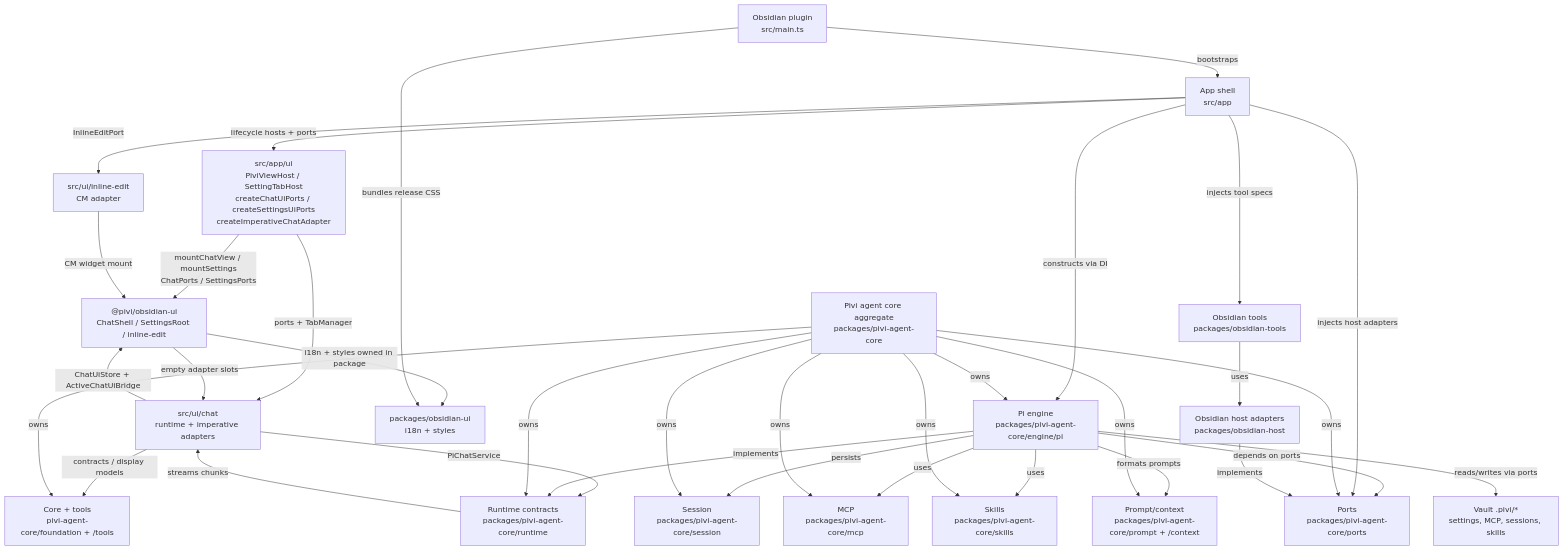
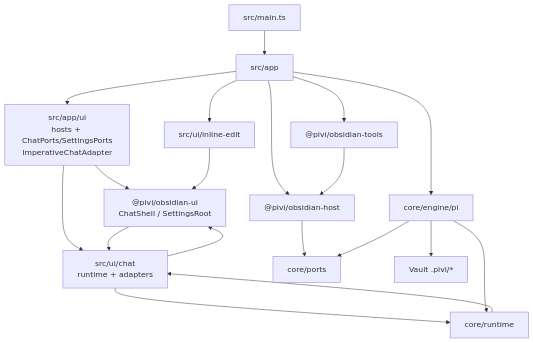
Before and after one commit to shuuul/obsidian-pivi: the second of 4 diagrams in AGENTS.md, drawn with Mermaid. The commit also changed other lines of this file and 13 other files, not shown here.

First line of the commit message:
refactor(architecture): close soft boundary leaks and add L0 map

````diff
--- a/AGENTS.md
+++ b/AGENTS.md
@@ -137,38 +163,21 @@
 ```mermaid
 flowchart TD
-  Host["Obsidian plugin<br/>src/main.ts"] -- "bootstraps" --> App["App shell<br/>src/app"]
-  App -- "lifecycle hosts + ports" --> AppUI["src/app/ui<br/>PiviViewHost / SettingTabHost<br/>createChatUiPorts / createSettingsUiPorts<br/>createImperativeChatAdapter"]
-  AppUI -- "mountChatView / mountSettings<br/>ChatPorts / SettingsPorts" --> ReactUI["@pivi/obsidian-ui<br/>ChatShell / SettingsRoot / inline-edit"]
-  AppUI -- "ports + TabManager" --> Chat["src/ui/chat<br/>runtime + imperative adapters"]
-  App -- "InlineEditPort" --> Inline["src/ui/inline-edit<br/>CM adapter"]
-  Chat -- "ChatUiStore + ActiveChatUiBridge" --> ReactUI
-  ReactUI -- "empty adapter slots" --> Chat
-  Inline -- "CM widget mount" --> ReactUI
-
-  App -- "constructs via DI" --> Runtime["Pi engine<br/>packages/pivi-agent-core/engine/pi"]
-  Chat -- "PiChatService" --> RuntimeContracts["Runtime contracts<br/>packages/pivi-agent-core/runtime"]
-  Chat -- "contracts / display models" --> Core["Core + tools<br/>pivi-agent-core/foundation + /tools"]
-  ReactUI -- "i18n + styles owned in package" --> Style["packages/obsidian-ui<br/>i18n + styles"]
-  Host -- "bundles release CSS" --> Style
-
-  Runtime -- "implements" --> RuntimeContracts
-  Runtime -- "depends on ports" --> Ports["Ports<br/>packages/pivi-agent-core/ports"]
-  Runtime -- "persists" --> Session["Session<br/>packages/pivi-agent-core/session"]
-  Runtime -- "uses" --> MCP["MCP<br/>packages/pivi-agent-core/mcp"]
-  Runtime -- "uses" --> Skills["Skills<br/>packages/pivi-agent-core/skills"]
-  Runtime -- "formats prompts" --> Prompt["Prompt/context<br/>packages/pivi-agent-core/prompt + /context"]
-  App -- "injects tool specs" --> ObsidianTools["Obsidian tools<br/>packages/obsidian-tools"]
-  App -- "injects host adapters" --> Ports
-  AgentCore["Pivi agent core aggregate<br/>packages/pivi-agent-core"] -- "owns" --> Core
-  AgentCore -- "owns" --> Session
-  AgentCore -- "owns" --> MCP
-  AgentCore -- "owns" --> Skills
-  AgentCore -- "owns" --> Prompt
-  AgentCore -- "owns" --> Ports
-  AgentCore -- "owns" --> RuntimeContracts
-  AgentCore -- "owns" --> Runtime
-  ObsidianTools -- "uses" --> ObsidianHost["Obsidian host adapters<br/>packages/obsidian-host"]
-  ObsidianHost -- "implements" --> Ports
-  RuntimeContracts -- "streams chunks" --> Chat
-  Runtime -- "reads/writes via ports" --> Vault["Vault .pivi/*<br/>settings, MCP, sessions, skills"]
+  Main["src/main.ts"] --> App["src/app"]
+  App --> AppUI["src/app/ui<br/>hosts + ChatPorts/SettingsPorts<br/>ImperativeChatAdapter"]
+  AppUI --> ReactUI["@pivi/obsidian-ui<br/>ChatShell / SettingsRoot"]
+  AppUI --> Chat["src/ui/chat<br/>runtime + adapters"]
+  App --> Inline["src/ui/inline-edit"]
+  Chat --> ReactUI
+  ReactUI --> Chat
+  Inline --> ReactUI
+  App --> Engine["core/engine/pi"]
+  Chat --> RuntimeContracts["core/runtime"]
+  App --> ToolsPkg["@pivi/obsidian-tools"]
+  App --> HostPkg["@pivi/obsidian-host"]
+  ToolsPkg --> HostPkg
+  HostPkg --> Ports["core/ports"]
+  Engine --> Ports
+  Engine --> RuntimeContracts
+  RuntimeContracts --> Chat
+  Engine --> Vault["Vault .pivi/*"]
 ```
````
